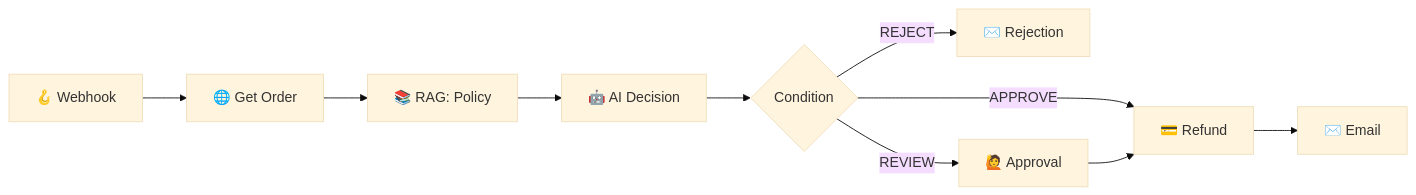
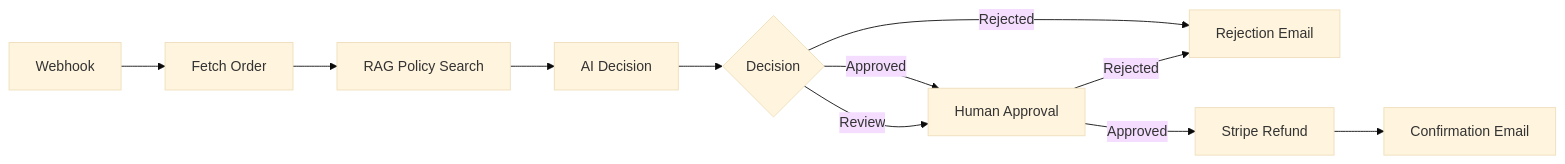
One commit to shaad4/relay-workflow-automation changed the third of 4 diagrams in README.md. Above: the diagram before and after it, drawn with Mermaid (base theme). The commit also changed other lines of this file, not shown here.

Commit message:
docs: update README to enhance clarity and detail on Relay's capabilities and architecture

````diff
--- a/README.md
+++ b/README.md
@@ -112,8 +130,9 @@
 ```mermaid
 flowchart LR
-    W["🪝 Webhook"] --> GO["🌐 Get Order"] --> RG["📚 RAG: Policy"] --> AI["🤖 AI Decision"] --> C{"Condition"}
-    C -- APPROVE --> RF["💳 Refund"] --> EM["✉️ Email"]
-    C -- REJECT --> RJ["✉️ Rejection"]
-    C -- REVIEW --> HA["🙋 Approval"]
-    HA --> RF
+    W["Webhook"] --> O["Fetch Order"] --> KB["RAG Policy Search"] --> AI["AI Decision"] --> C{"Decision"}
+    C -->|Approved| H["Human Approval"]
+    C -->|Rejected| R["Rejection Email"]
+    C -->|Review| H
+    H -->|Approved| RF["Stripe Refund"] --> EM["Confirmation Email"]
+    H -->|Rejected| R
 ```
````
